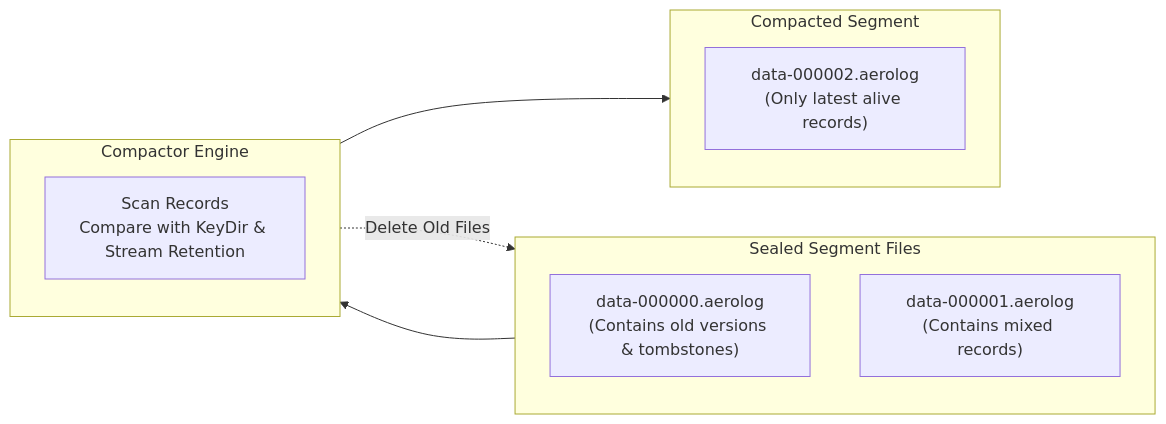
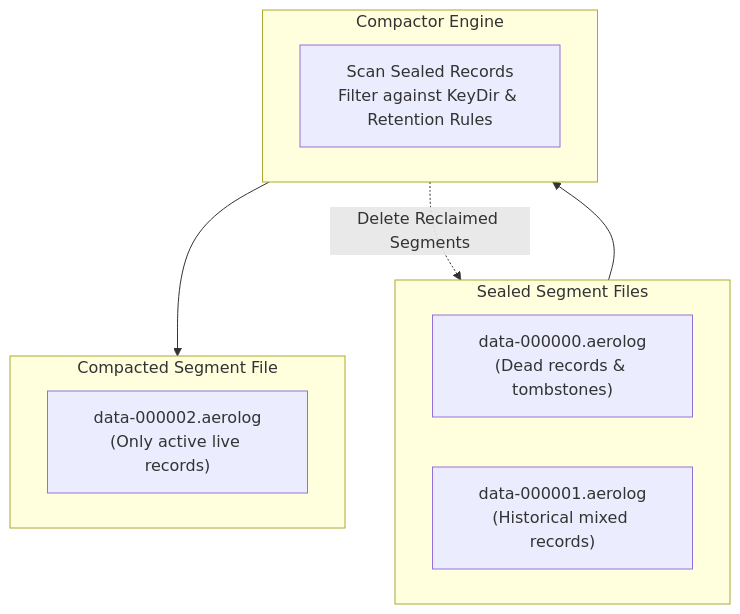
The diagram in docs/manual/storage/compaction-and-retention.md (untacorp/aerolog), drawn with Mermaid before and after one commit. The commit also changed 4 other files, not shown here.

Commit message:
docs: optimize mermaid layout, resolve generic bracket parsing, and add responsive containment css

````diff
--- a/docs/manual/storage/compaction-and-retention.md
+++ b/docs/manual/storage/compaction-and-retention.md
@@ -13,19 +13,19 @@
 ```mermaid
-flowchart LR
+flowchart TD
     subgraph SealedFiles ["Sealed Segment Files"]
-        S0["data-000000.aerolog<br/>(Contains old versions & tombstones)"]
-        S1["data-000001.aerolog<br/>(Contains mixed records)"]
+        S0["data-000000.aerolog<br/>(Dead records & tombstones)"]
+        S1["data-000001.aerolog<br/>(Historical mixed records)"]
     end
 
     subgraph CompactorWorker ["Compactor Engine"]
-        CW["Scan Records<br/>Compare with KeyDir & Stream Retention"]
+        CW["Scan Sealed Records<br/>Filter against KeyDir & Retention Rules"]
     end
 
-    subgraph Output ["Compacted Segment"]
-        CS["data-000002.aerolog<br/>(Only latest alive records)"]
+    subgraph Output ["Compacted Segment File"]
+        CS["data-000002.aerolog<br/>(Only active live records)"]
     end
 
     SealedFiles --> CompactorWorker
     CompactorWorker --> Output
-    CompactorWorker -. Delete Old Files .-> SealedFiles
+    CompactorWorker -. Delete Reclaimed Segments .-> SealedFiles
 ```
````
